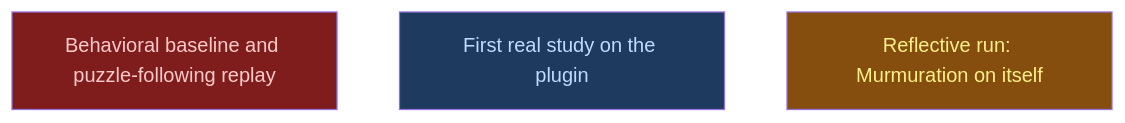
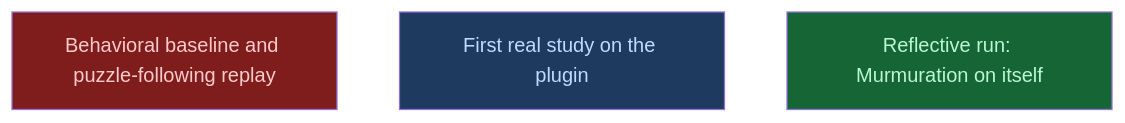
The diagram in __roadmap__/murmuration/build/pilot/README.md (CrackingShells/Murmuration), drawn with Mermaid before and after one commit. The commit also changed other lines of this file, not shown here.

Commit message:
chore(roadmap): close the reflective-run node; the user accepted its changes by merging them

````diff
--- a/__roadmap__/murmuration/build/pilot/README.md
+++ b/__roadmap__/murmuration/build/pilot/README.md
@@ -16,11 +16,11 @@
 ```mermaid
 graph TD
     baseline[Behavioral baseline and puzzle-following replay]:::blocked
     first_study[First real study on the plugin]:::amendment
-    reflective_run[Reflective run: Murmuration on itself]:::inprogress
+    reflective_run[Reflective run: Murmuration on itself]:::done
     classDef done       fill:#166534,color:#bbf7d0
     classDef inprogress fill:#854d0e,color:#fef08a
     classDef planned    fill:#374151,color:#e5e7eb
     classDef amendment  fill:#1e3a5f,color:#bfdbfe
     classDef blocked    fill:#7f1d1d,color:#fecaca
 ```
````
